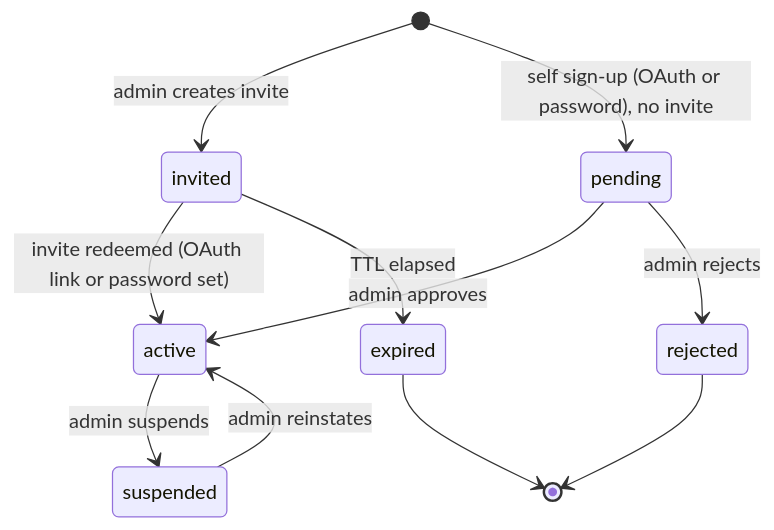
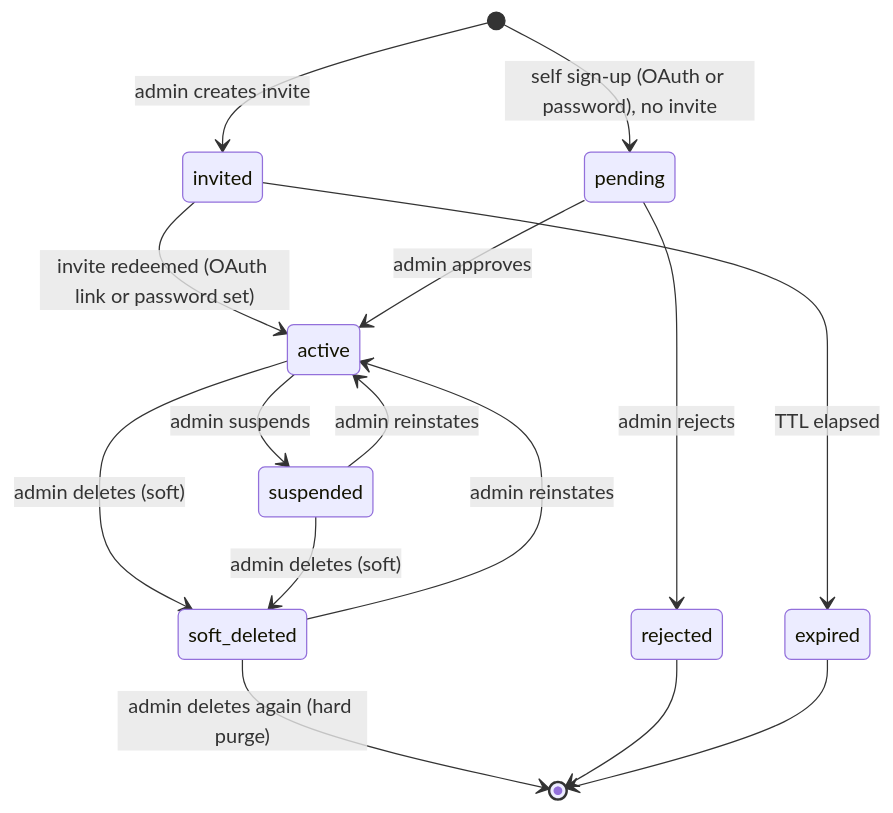
The diagram in references/logic/user_management.md (AkshatTilak/agent_buildable_base), drawn with Mermaid before and after one commit. The commit also changed other lines of this file and 11 other files, not shown here.

````diff
--- a/references/logic/user_management.md
+++ b/references/logic/user_management.md
@@ -19,13 +22,17 @@
 ```mermaid
 stateDiagram-v2
     [*] --> invited: admin creates invite
     [*] --> pending: self sign-up (OAuth or password), no invite
     invited --> active: invite redeemed (OAuth link or password set)
     invited --> expired: TTL elapsed
     pending --> active: admin approves
     pending --> rejected: admin rejects
     active --> suspended: admin suspends
     suspended --> active: admin reinstates
+    active --> soft_deleted: admin deletes (soft)
+    suspended --> soft_deleted: admin deletes (soft)
+    soft_deleted --> [*]: admin deletes again (hard purge)
+    soft_deleted --> active: admin reinstates
     rejected --> [*]
     expired --> [*]
 ```
````
